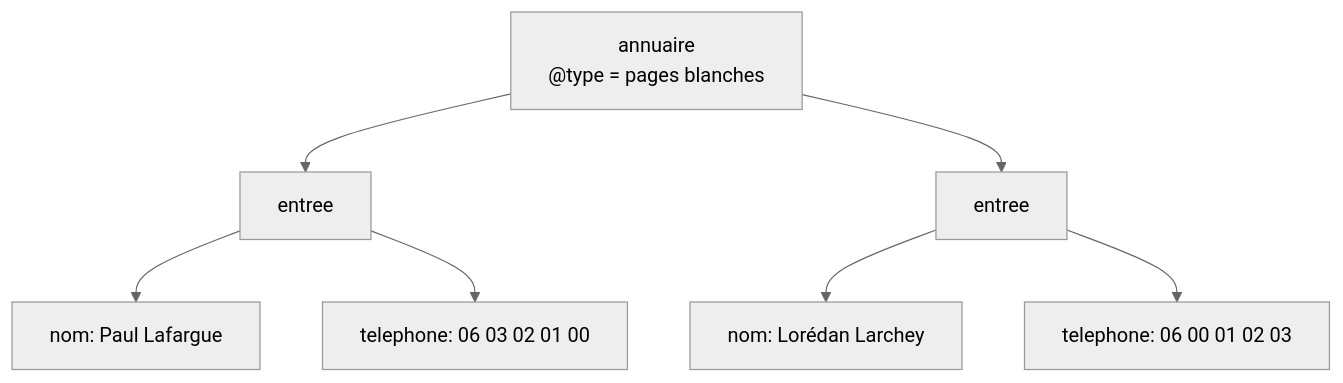
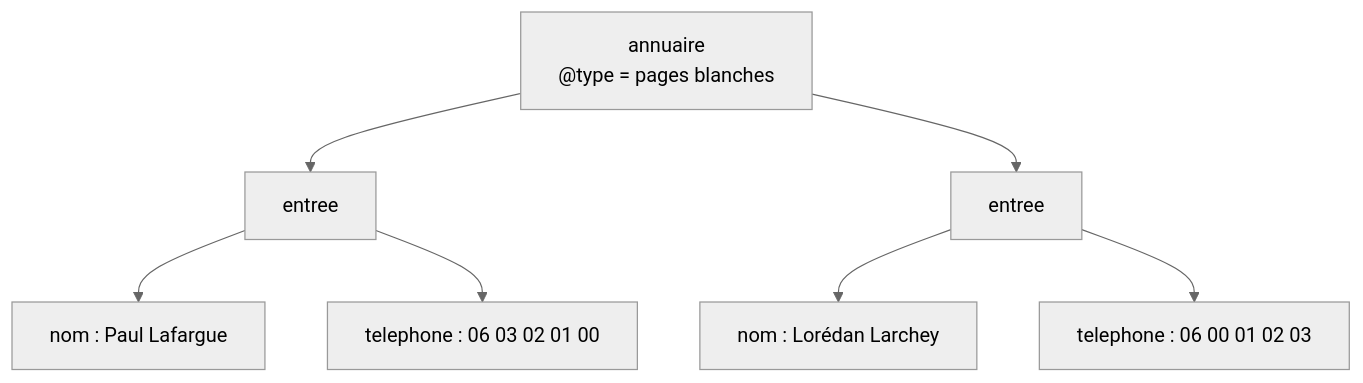
Before and after one commit to ghaithsoltani/my-courses: the third of 14 diagrams in SOA/XML_Technologies_Study_Guide.md, drawn with Mermaid (neutral theme). The commit also changed other lines of this file and 9 other files, not shown here.

````diff
--- a/SOA/XML_Technologies_Study_Guide.md
+++ b/SOA/XML_Technologies_Study_Guide.md
@@ -101,10 +101,10 @@
 ```mermaid
 graph TD
     A["annuaire<br/>@type = pages blanches"]
     A --> E1[entree]
     A --> E2[entree]
-    E1 --> N1["nom: Paul Lafargue"]
-    E1 --> T1["telephone: 06 03 02 01 00"]
-    E2 --> N2["nom: Lorédan Larchey"]
-    E2 --> T2["telephone: 06 00 01 02 03"]
+    E1 --> N1["nom : Paul Lafargue"]
+    E1 --> T1["telephone : 06 03 02 01 00"]
+    E2 --> N2["nom : Lorédan Larchey"]
+    E2 --> T2["telephone : 06 00 01 02 03"]
 ```
````
